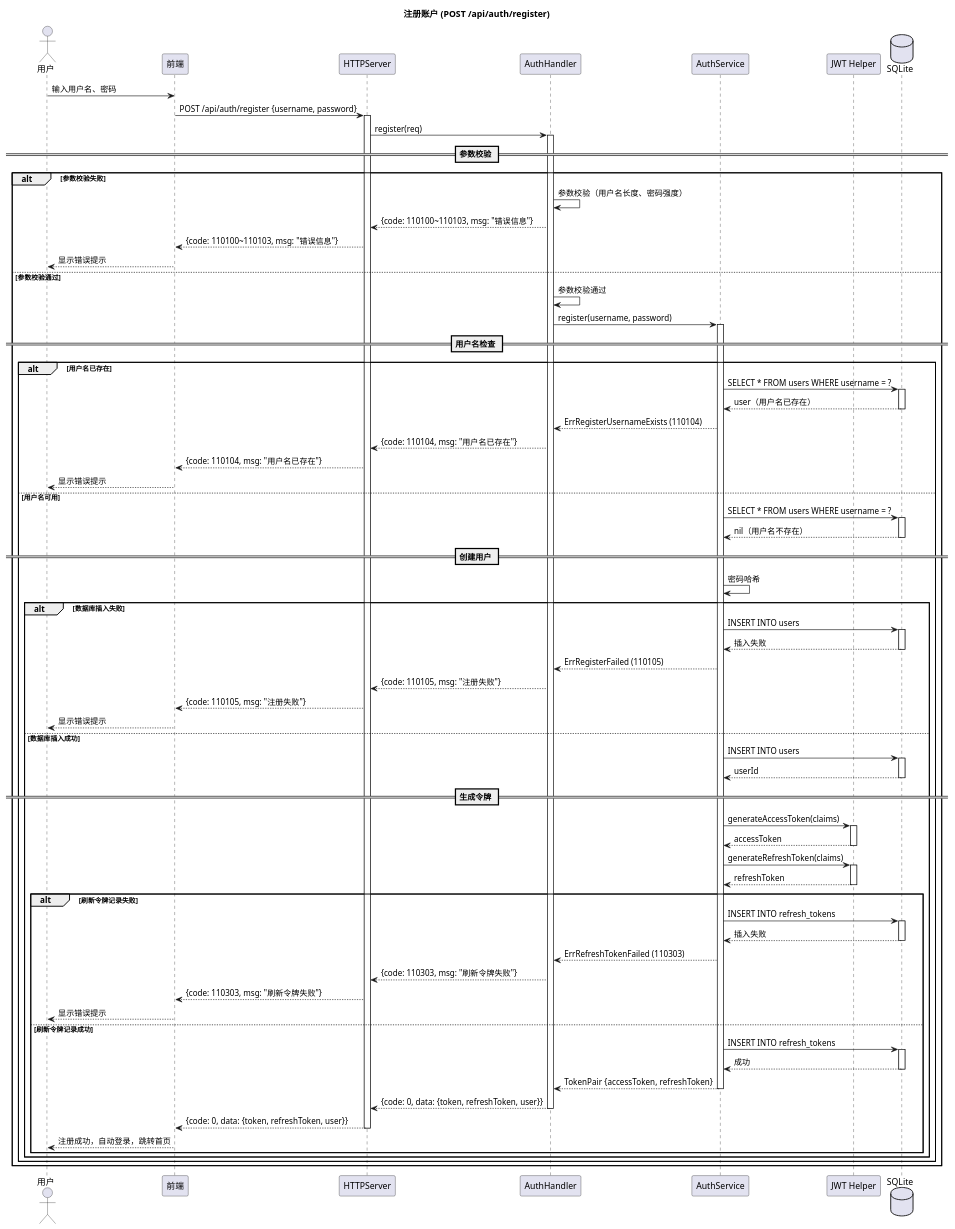
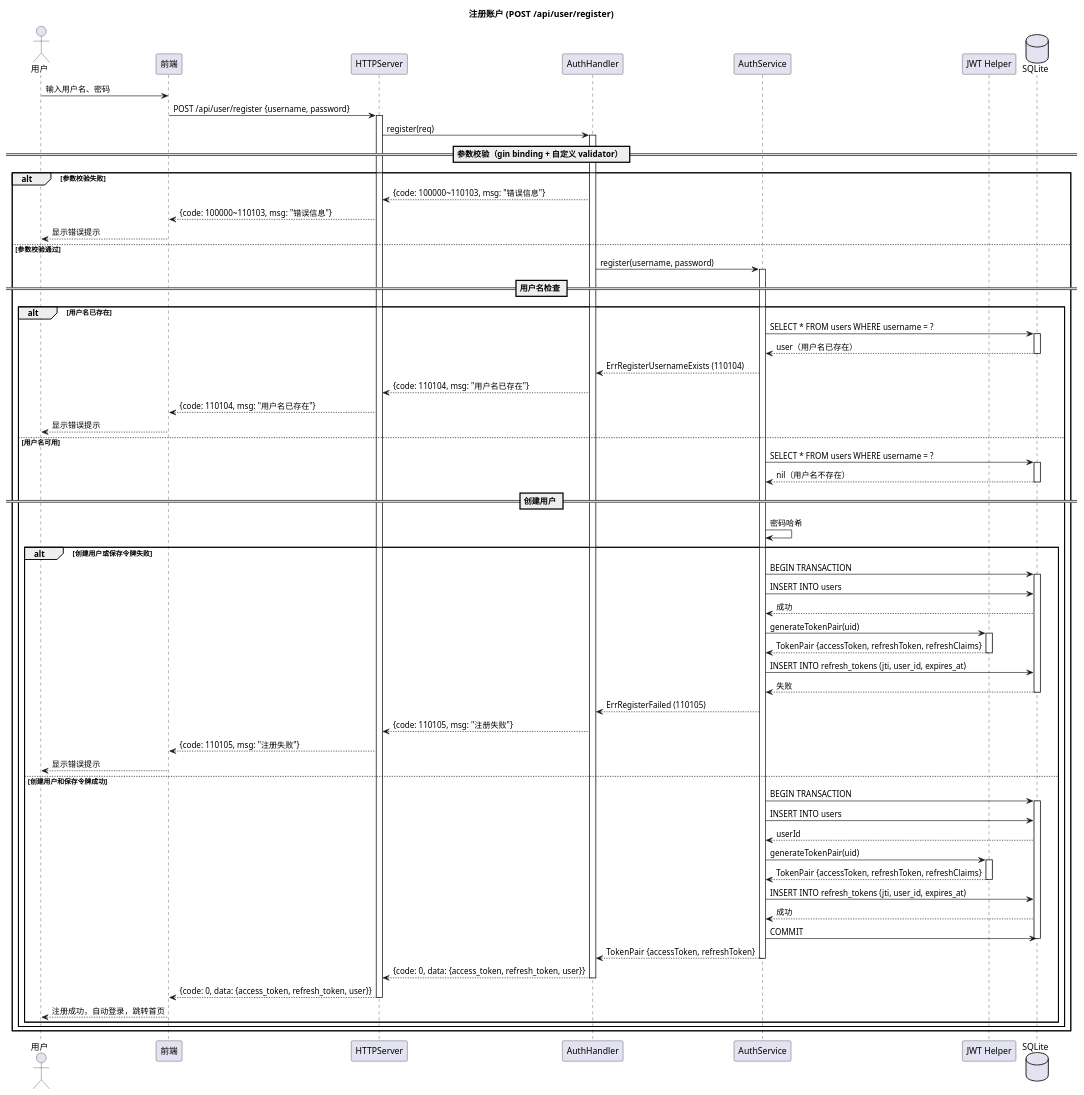
One commit to loommii/OctoTify changed the diagram in docs/uml/02-sequence/01-01-register.puml. Above: the diagram before and after it, drawn with PlantUML. The commit also changed 9 other files, not shown here.

```diff
--- a/docs/uml/02-sequence/01-01-register.puml
+++ b/docs/uml/02-sequence/01-01-register.puml
@@ -1,107 +1,93 @@
 @startuml OctoTify_Sequence_Register
 
 skinparam sequenceStyle svg
 skinparam linetype ortho
 
-title 注册账户 (POST /api/auth/register)
+title 注册账户 (POST /api/user/register)
 
 actor "用户" as User
 participant "前端" as Frontend
 participant "HTTPServer" as Server
 participant "AuthHandler" as Handler
 participant "AuthService" as Auth
 participant "JWT Helper" as JWT
 database "SQLite" as DB
 
 User -> Frontend: 输入用户名、密码
-Frontend -> Server: POST /api/auth/register {username, password}
+Frontend -> Server: POST /api/user/register {username, password}
 activate Server
 Server -> Handler: register(req)
 activate Handler
 
-== 参数校验 ==
+== 参数校验（gin binding + 自定义 validator） ==
 
 alt 参数校验失败
-    Handler -> Handler: 参数校验（用户名长度、密码强度）
-    Handler --> Server: {code: 110100~110103, msg: "错误信息"}
-    Server --> Frontend: {code: 110100~110103, msg: "错误信息"}
+    Handler --> Server: {code: 100000~110103, msg: "错误信息"}
+    Server --> Frontend: {code: 100000~110103, msg: "错误信息"}
     Frontend --> User: 显示错误提示
 else 参数校验通过
-    Handler -> Handler: 参数校验通过
     Handler -> Auth: register(username, password)
     activate Auth
 
     == 用户名检查 ==
 
     alt 用户名已存在
         Auth -> DB: SELECT * FROM users WHERE username = ?
         activate DB
         DB --> Auth: user（用户名已存在）
         deactivate DB
         Auth --> Handler: ErrRegisterUsernameExists (110104)
         Handler --> Server: {code: 110104, msg: "用户名已存在"}
         Server --> Frontend: {code: 110104, msg: "用户名已存在"}
         Frontend --> User: 显示错误提示
     else 用户名可用
         Auth -> DB: SELECT * FROM users WHERE username = ?
         activate DB
         DB --> Auth: nil（用户名不存在）
         deactivate DB
 
         == 创建用户 ==
 
         Auth -> Auth: 密码哈希
 
-        alt 数据库插入失败
+        alt 创建用户或保存令牌失败
+            Auth -> DB: BEGIN TRANSACTION
+            activate DB
             Auth -> DB: INSERT INTO users
-            activate DB
-            DB --> Auth: 插入失败
+            DB --> Auth: 成功
+            Auth -> JWT: generateTokenPair(uid)
+            activate JWT
+            JWT --> Auth: TokenPair {accessToken, refreshToken, refreshClaims}
+            deactivate JWT
+            Auth -> DB: INSERT INTO refresh_tokens (jti, user_id, expires_at)
+            DB --> Auth: 失败
             deactivate DB
             Auth --> Handler: ErrRegisterFailed (110105)
             Handler --> Server: {code: 110105, msg: "注册失败"}
             Server --> Frontend: {code: 110105, msg: "注册失败"}
             Frontend --> User: 显示错误提示
-        else 数据库插入成功
+        else 创建用户和保存令牌成功
+            Auth -> DB: BEGIN TRANSACTION
+            activate DB
             Auth -> DB: INSERT INTO users
-            activate DB
             DB --> Auth: userId
+            Auth -> JWT: generateTokenPair(uid)
+            activate JWT
+            JWT --> Auth: TokenPair {accessToken, refreshToken, refreshClaims}
+            deactivate JWT
+            Auth -> DB: INSERT INTO refresh_tokens (jti, user_id, expires_at)
+            DB --> Auth: 成功
+            Auth -> DB: COMMIT
             deactivate DB
-
-            == 生成令牌 ==
-
-            Auth -> JWT: generateAccessToken(claims)
-            activate JWT
-            JWT --> Auth: accessToken
-            deactivate JWT
-            Auth -> JWT: generateRefreshToken(claims)
-            activate JWT
-            JWT --> Auth: refreshToken
-            deactivate JWT
-
-            alt 刷新令牌记录失败
-                Auth -> DB: INSERT INTO refresh_tokens
-                activate DB
-                DB --> Auth: 插入失败
-                deactivate DB
-                Auth --> Handler: ErrRefreshTokenFailed (110303)
-                Handler --> Server: {code: 110303, msg: "刷新令牌失败"}
-                Server --> Frontend: {code: 110303, msg: "刷新令牌失败"}
-                Frontend --> User: 显示错误提示
-            else 刷新令牌记录成功
-                Auth -> DB: INSERT INTO refresh_tokens
-                activate DB
-                DB --> Auth: 成功
-                deactivate DB
-                Auth --> Handler: TokenPair {accessToken, refreshToken}
-                deactivate Auth
-                Handler --> Server: {code: 0, data: {token, refreshToken, user}}
-                deactivate Handler
-                Server --> Frontend: {code: 0, data: {token, refreshToken, user}}
-                deactivate Server
-                Frontend --> User: 注册成功，自动登录，跳转首页
-            end
+            Auth --> Handler: TokenPair {accessToken, refreshToken}
+            deactivate Auth
+            Handler --> Server: {code: 0, data: {access_token, refresh_token, user}}
+            deactivate Handler
+            Server --> Frontend: {code: 0, data: {access_token, refresh_token, user}}
+            deactivate Server
+            Frontend --> User: 注册成功，自动登录，跳转首页
         end
     end
 end
 
 @enduml
```
